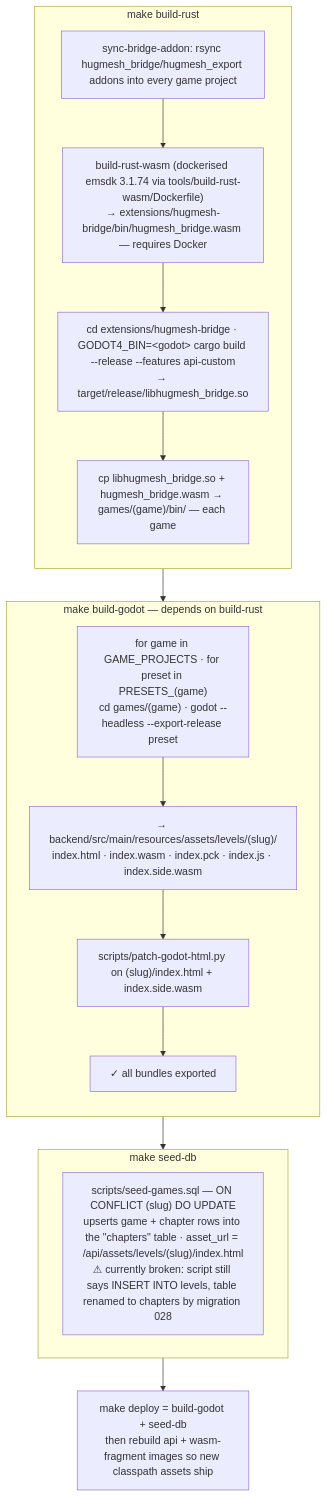
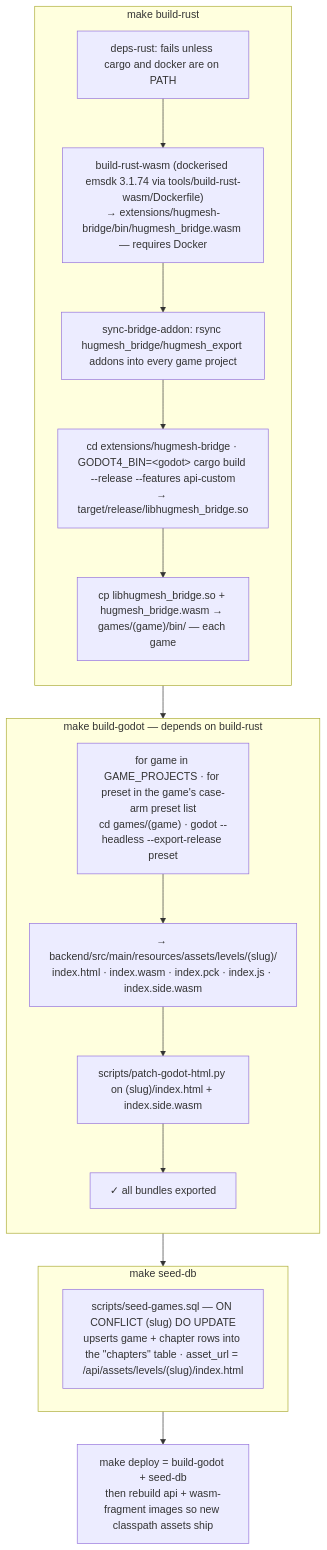
One commit to hugmesh/hugmesh-games changed diagram 47 of 48 in README.md. Above: the diagram before and after it, drawn with Mermaid. The commit also changed other lines of this file, not shown here.

````diff
--- a/README.md
+++ b/README.md
@@ -1205,23 +1209,24 @@
 ```mermaid
 flowchart TB
     subgraph br["make build-rust"]
         direction TB
-        BR0["sync-bridge-addon: rsync hugmesh_bridge/hugmesh_export addons into every game project"]
+        BR0["deps-rust: fails unless cargo and docker are on PATH"]
         BR1a["build-rust-wasm (dockerised emsdk 3.1.74 via tools/build-rust-wasm/Dockerfile)<br/>→ extensions/hugmesh-bridge/bin/hugmesh_bridge.wasm — requires Docker"]
+        BR1b["sync-bridge-addon: rsync hugmesh_bridge/hugmesh_export addons into every game project"]
         BR1["cd extensions/hugmesh-bridge · GODOT4_BIN=&lt;godot&gt; cargo build --release --features api-custom<br/>→ target/release/libhugmesh_bridge.so"]
         BR2["cp libhugmesh_bridge.so + hugmesh_bridge.wasm → games/(game)/bin/ — each game"]
-        BR0 --> BR1a --> BR1 --> BR2
+        BR0 --> BR1a --> BR1b --> BR1 --> BR2
     end
     subgraph bg["make build-godot — depends on build-rust"]
         direction TB
-        BG1["for game in GAME_PROJECTS · for preset in PRESETS_(game)<br/>cd games/(game) · godot --headless --export-release preset"]
+        BG1["for game in GAME_PROJECTS · for preset in the game's case-arm preset list<br/>cd games/(game) · godot --headless --export-release preset"]
         BG2["→ backend/src/main/resources/assets/levels/(slug)/<br/>index.html · index.wasm · index.pck · index.js · index.side.wasm"]
         BG3["scripts/patch-godot-html.py on (slug)/index.html + index.side.wasm"]
         BG4["✓ all bundles exported"]
         BG1 --> BG2 --> BG3 --> BG4
     end
     subgraph sd["make seed-db"]
-        SD1["scripts/seed-games.sql — ON CONFLICT (slug) DO UPDATE<br/>upserts game + chapter rows into the &quot;chapters&quot; table · asset_url = /api/assets/levels/(slug)/index.html<br/>⚠ currently broken: script still says INSERT INTO levels, table renamed to chapters by migration 028"]
+        SD1["scripts/seed-games.sql — ON CONFLICT (slug) DO UPDATE<br/>upserts game + chapter rows into the &quot;chapters&quot; table · asset_url = /api/assets/levels/(slug)/index.html"]
     end
     br --> bg --> sd --> Deploy["make deploy = build-godot + seed-db<br/>then rebuild api + wasm-fragment images so new classpath assets ship"]
 ```
````
